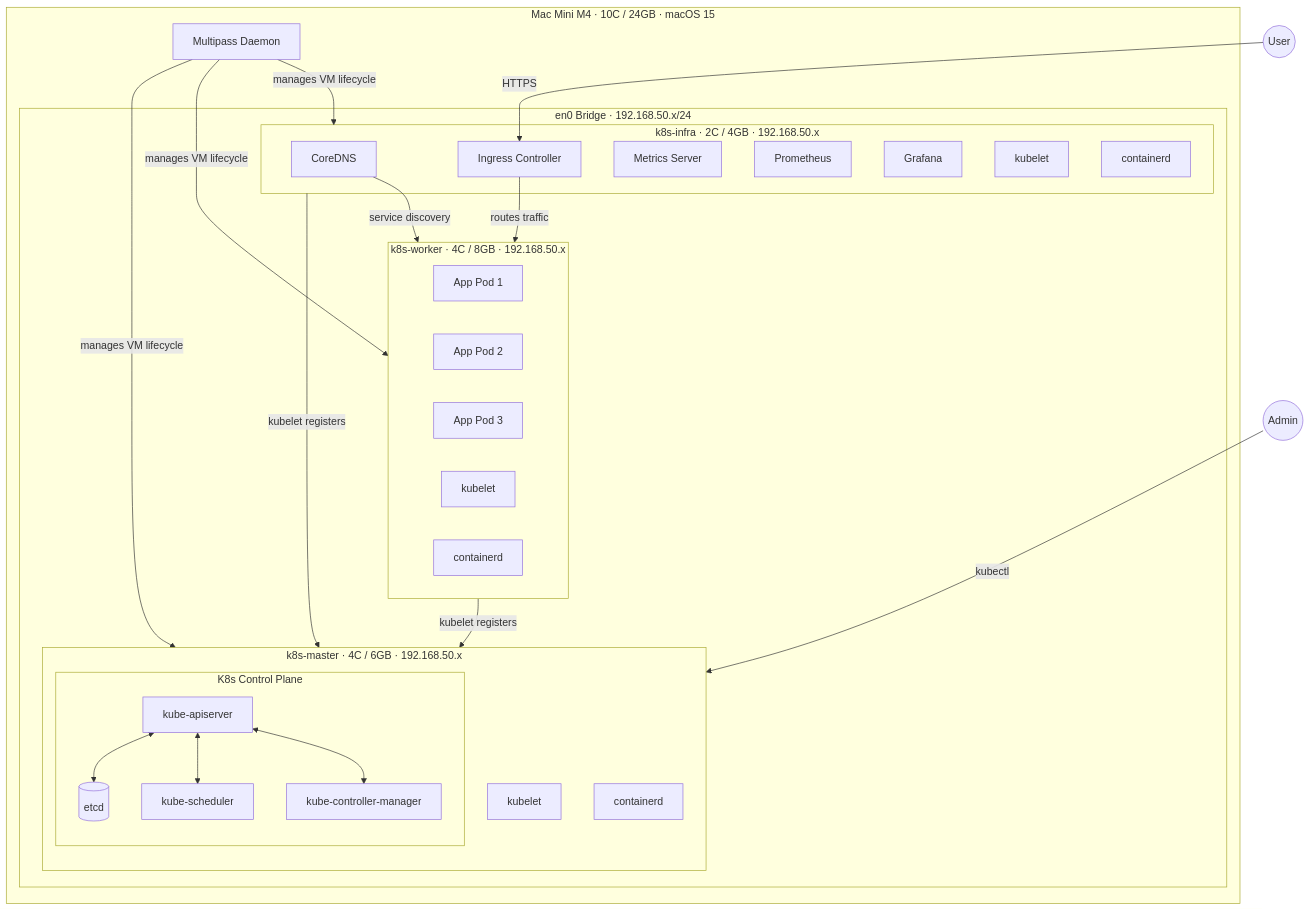
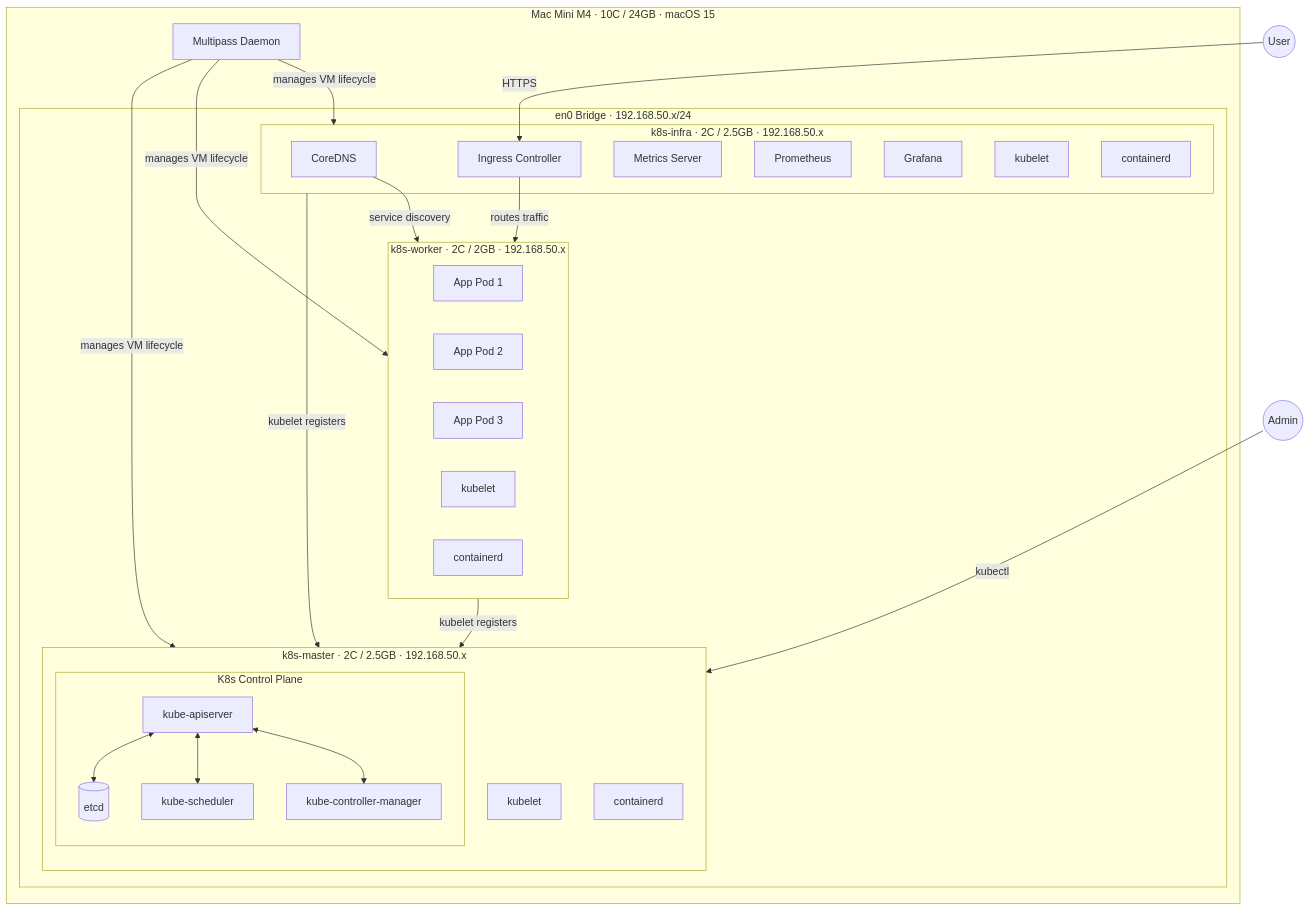
One commit to MansionLai/notebook changed the diagram in k8s-3node-multipass/architecture.md. Above: the diagram before and after it, drawn with Mermaid. The commit also changed other lines of this file and 1 other file, not shown here.

````diff
--- a/k8s-3node-multipass/architecture.md
+++ b/k8s-3node-multipass/architecture.md
@@ -16,52 +16,52 @@
 ```mermaid
 graph TB
     subgraph Host["Mac Mini M4 · 10C / 24GB · macOS 15"]
         subgraph Bridge["en0 Bridge · 192.168.50.x/24"]
-            subgraph Master["k8s-master · 4C / 6GB · 192.168.50.x"]
+            subgraph Master["k8s-master · 2C / 2.5GB · 192.168.50.x"]
                 direction TB
                 subgraph CP["K8s Control Plane"]
                     API[kube-apiserver]
                     ETCD[(etcd)]
                     SCH[kube-scheduler]
                     CM[kube-controller-manager]
                     API <--> ETCD
                     API <--> SCH
                     API <--> CM
                 end
                 KBM[kubelet]
                 CRM[containerd]
             end
 
-            subgraph Infra["k8s-infra · 2C / 4GB · 192.168.50.x"]
+            subgraph Infra["k8s-infra · 2C / 2.5GB · 192.168.50.x"]
                 DNS[CoreDNS]
                 ING[Ingress Controller]
                 MS[Metrics Server]
                 PROM[Prometheus]
                 GRAF[Grafana]
                 KBI[kubelet]
                 CRI[containerd]
             end
 
-            subgraph Worker["k8s-worker · 4C / 8GB · 192.168.50.x"]
+            subgraph Worker["k8s-worker · 2C / 2GB · 192.168.50.x"]
                 WL1[App Pod 1]
                 WL2[App Pod 2]
                 WL3[App Pod 3]
                 KBW[kubelet]
                 CRW[containerd]
             end
         end
 
         MP[Multipass Daemon]
         MP -- "manages VM lifecycle" --> Master
         MP -- "manages VM lifecycle" --> Infra
         MP -- "manages VM lifecycle" --> Worker
     end
 
     Infra -- "kubelet registers" --> API
     Worker -- "kubelet registers" --> API
     ING -- "routes traffic" --> Worker
     DNS -- "service discovery" --> Worker
 
     User((User)) -- HTTPS --> ING
     Admin((Admin)) -- kubectl --> API
 ```
````
